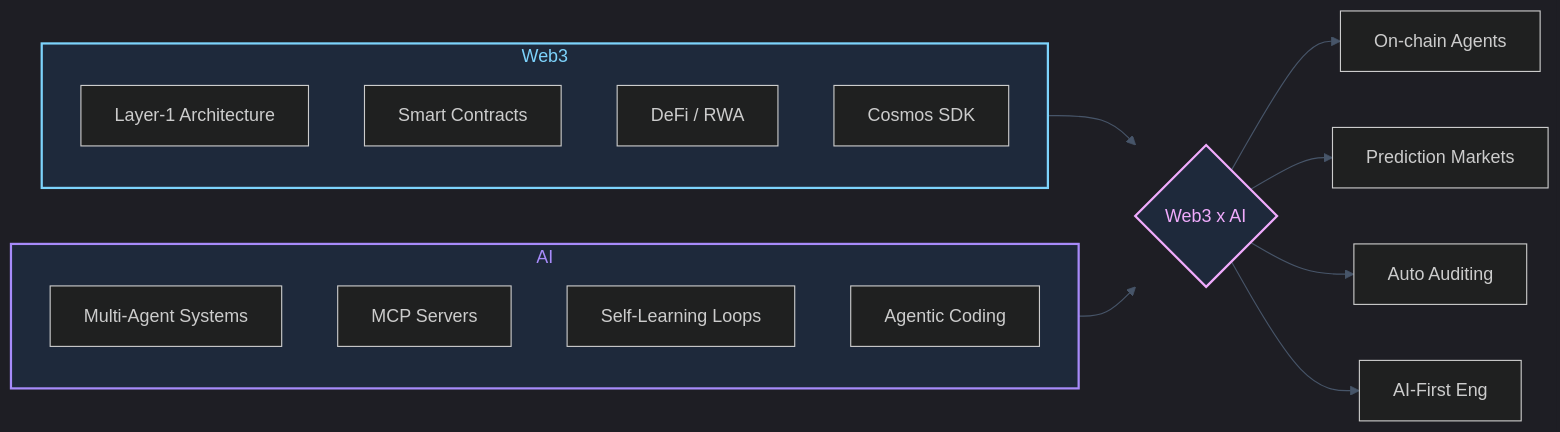
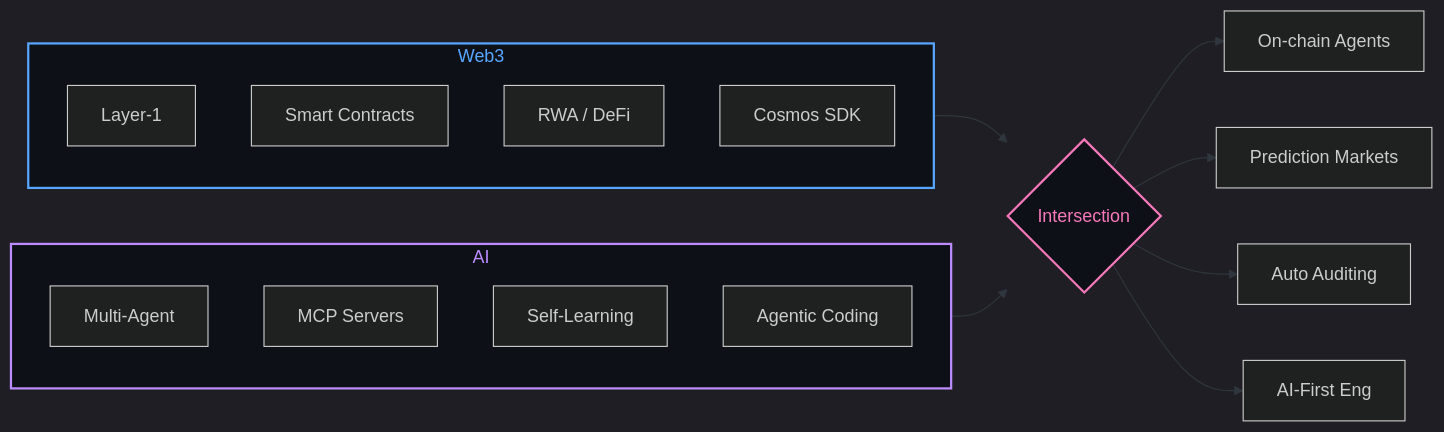
One commit to Aboudjem/aboudjem changed the diagram in README.md. Above: the diagram before and after it, drawn with Mermaid. The commit also changed other lines of this file, not shown here.

````diff
--- a/README.md
+++ b/README.md
@@ -179,29 +174,29 @@
 ```mermaid
-%%{init: {'theme': 'dark', 'themeVariables': { 'primaryColor': '#1e293b', 'primaryTextColor': '#e2e8f0', 'primaryBorderColor': '#7dd3fc', 'lineColor': '#475569', 'secondaryColor': '#1e293b', 'tertiaryColor': '#1e293b', 'fontFamily': 'system-ui, sans-serif'}}}%%
+%%{init: {'theme': 'dark', 'themeVariables': { 'primaryColor': '#0D1117', 'primaryTextColor': '#E6EDF3', 'primaryBorderColor': '#58A6FF', 'lineColor': '#30363D', 'secondaryColor': '#0D1117', 'tertiaryColor': '#0D1117', 'fontFamily': 'system-ui, sans-serif'}}}%%
 graph LR
     subgraph Web3["Web3"]
-        W1[Layer-1 Architecture]
+        W1[Layer-1]
         W2[Smart Contracts]
-        W3[DeFi / RWA]
+        W3[RWA / DeFi]
         W4[Cosmos SDK]
     end
 
     subgraph AI["AI"]
-        A1[Multi-Agent Systems]
+        A1[Multi-Agent]
         A2[MCP Servers]
-        A3[Self-Learning Loops]
+        A3[Self-Learning]
         A4[Agentic Coding]
     end
 
-    Web3 --> C{Web3 x AI}
+    Web3 --> C{Intersection}
     AI --> C
 
     C --> D1[On-chain Agents]
     C --> D2[Prediction Markets]
     C --> D3[Auto Auditing]
     C --> D4[AI-First Eng]
 
-    style Web3 fill:#1e293b,stroke:#7dd3fc,stroke-width:2px,color:#7dd3fc
-    style AI fill:#1e293b,stroke:#a78bfa,stroke-width:2px,color:#a78bfa
-    style C fill:#1e293b,stroke:#f0abfc,stroke-width:2px,color:#f0abfc
+    style Web3 fill:#0D1117,stroke:#58A6FF,stroke-width:2px,color:#58A6FF
+    style AI fill:#0D1117,stroke:#BC8CFF,stroke-width:2px,color:#BC8CFF
+    style C fill:#0D1117,stroke:#F778BA,stroke-width:2px,color:#F778BA
 ```
````
